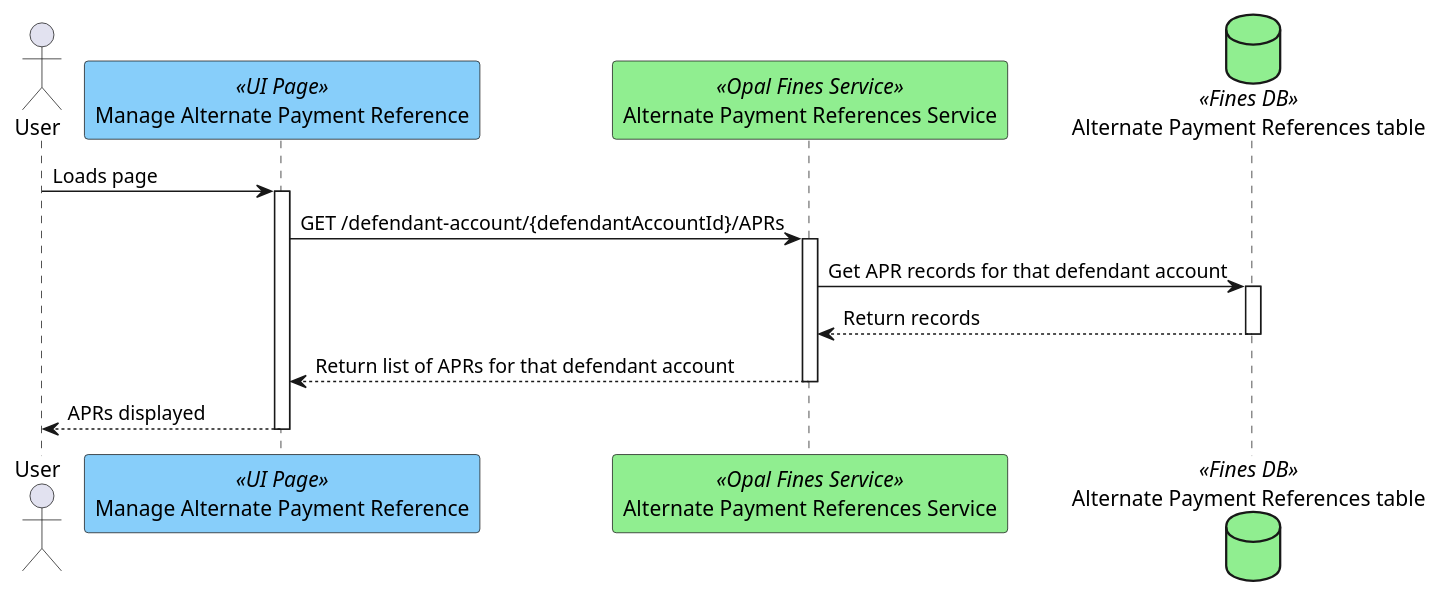
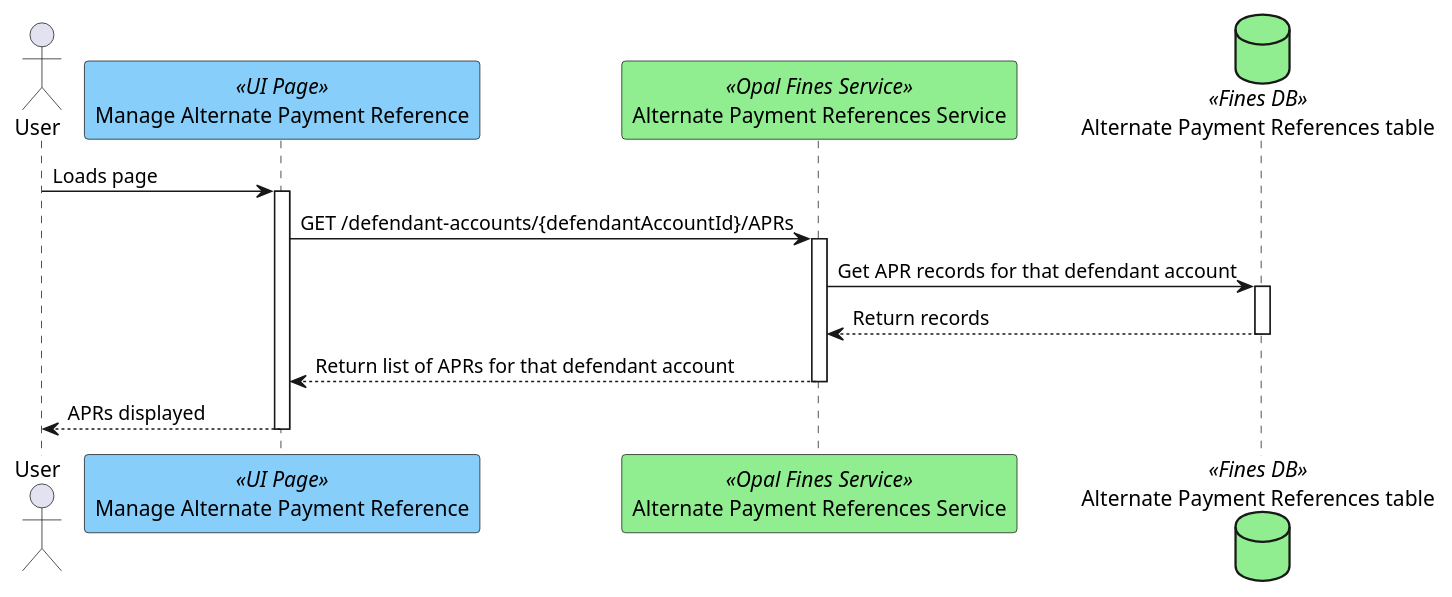
One commit to hmcts/opal-docs changed the diagram in plantUML/defendant-account/get-apr.puml. Above: the diagram before and after it, drawn with PlantUML. The commit also changed 3 other files, not shown here.

Commit message:
Pluralising defendant accounts on EI10 documentation

```diff
--- a/plantUML/defendant-account/get-apr.puml
+++ b/plantUML/defendant-account/get-apr.puml
@@ -1,13 +1,13 @@
 @startuml
 actor "User" as user
 participant "Manage Alternate Payment Reference" as uiPage <<UI Page>> #lightskyblue
 participant "Alternate Payment References Service" as alternatePaymentReferencesService <<Opal Fines Service>> #lightgreen
 database "Alternate Payment References table" as aprTable <<Fines DB>>#lightgreen
 
 user -> uiPage ++ : Loads page
-uiPage -> alternatePaymentReferencesService ++ : GET /defendant-account/{defendantAccountId}/APRs
+uiPage -> alternatePaymentReferencesService ++ : GET /defendant-accounts/{defendantAccountId}/APRs
 alternatePaymentReferencesService -> aprTable ++ : Get APR records for that defendant account
 aprTable --> alternatePaymentReferencesService -- : Return records
 alternatePaymentReferencesService --> uiPage -- : Return list of APRs for that defendant account
 uiPage --> user -- : APRs displayed
 @enduml
```
